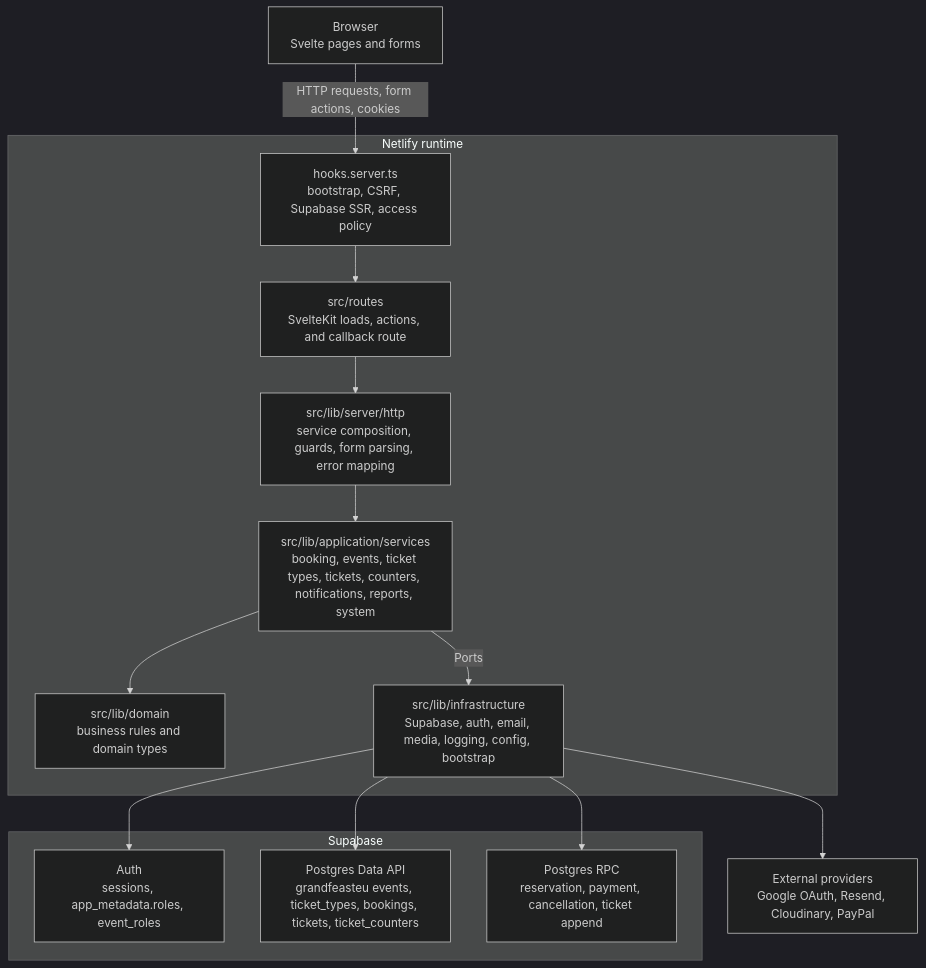
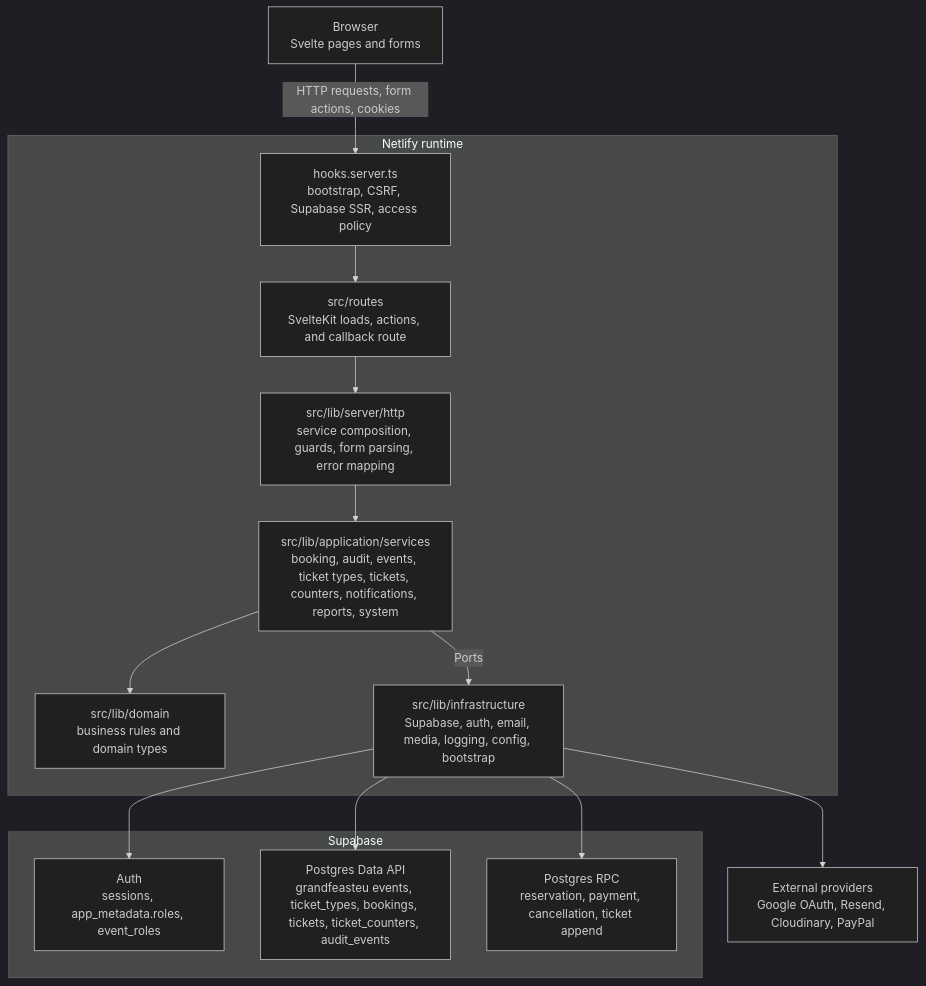
Before and after one commit to gretchel2025/gfeurope2: the second of 6 diagrams in docs/architecture.md, drawn with Mermaid (dark theme). The commit also changed other lines of this file and 46 other files, not shown here.

````diff
--- a/docs/architecture.md
+++ b/docs/architecture.md
@@ -48,32 +48,32 @@
 ```mermaid
 flowchart TB
     browser["Browser\nSvelte pages and forms"]
 
     subgraph netlify["Netlify runtime"]
         hooks["hooks.server.ts\nbootstrap, CSRF, Supabase SSR, access policy"]
         routes["src/routes\nSvelteKit loads, actions, and callback route"]
         http["src/lib/server/http\nservice composition, guards, form parsing, error mapping"]
-        appServices["src/lib/application/services\nbooking, events, ticket types, tickets, counters, notifications, reports, system"]
+        appServices["src/lib/application/services\nbooking, audit, events, ticket types, tickets, counters, notifications, reports, system"]
         domain["src/lib/domain\nbusiness rules and domain types"]
         infra["src/lib/infrastructure\nSupabase, auth, email, media, logging, config, bootstrap"]
     end
 
     subgraph supabase["Supabase"]
         auth["Auth\nsessions, app_metadata.roles, event_roles"]
-        data["Postgres Data API\ngrandfeasteu events, ticket_types, bookings, tickets, ticket_counters"]
+        data["Postgres Data API\ngrandfeasteu events, ticket_types, bookings, tickets, ticket_counters, audit_events"]
         rpc["Postgres RPC\nreservation, payment, cancellation, ticket append"]
     end
 
     providers["External providers\nGoogle OAuth, Resend, Cloudinary, PayPal"]
 
     browser -->|"HTTP requests, form actions, cookies"| hooks
     hooks --> routes
     routes --> http
     http --> appServices
     appServices --> domain
     appServices -->|"Ports"| infra
     infra --> auth
     infra --> data
     infra --> rpc
     infra --> providers
 ```
````
